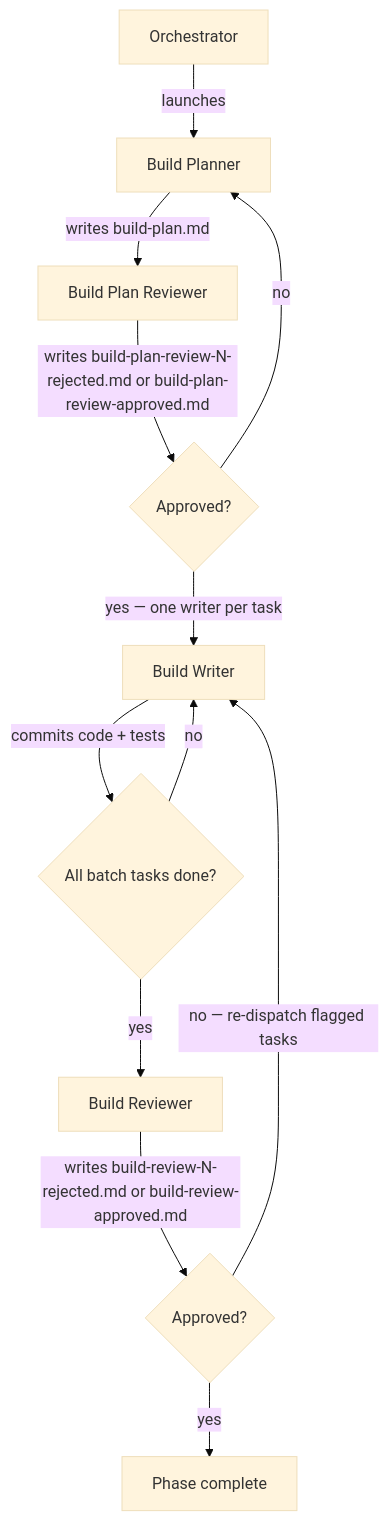
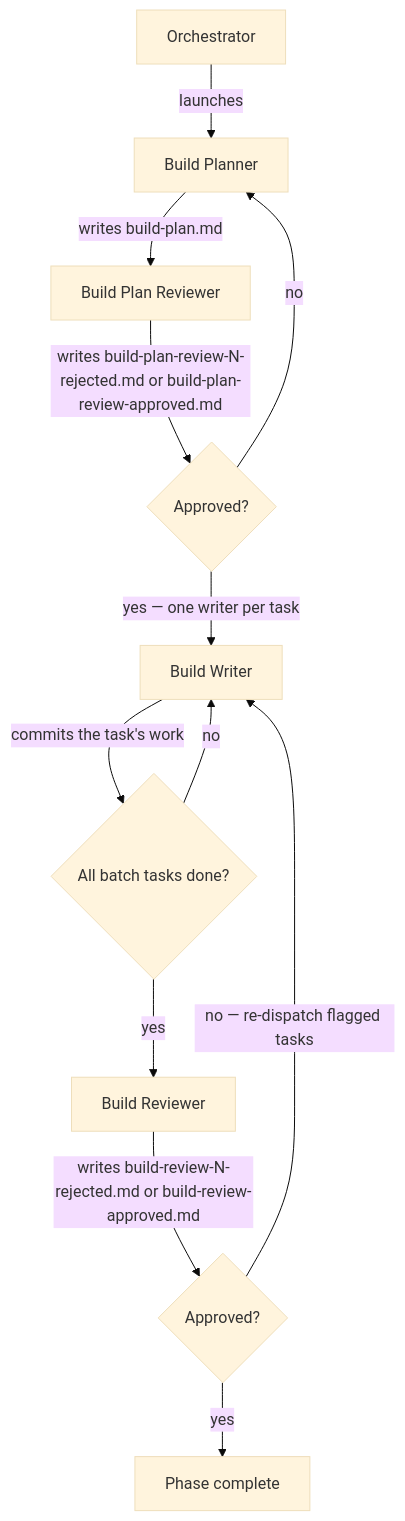
Before and after one commit to Automattic/radical-pipelines: the diagram in skills/radical-pipelines/reference/autonomous-phases/3 - build.md, drawn with Mermaid (base theme). The commit also changed 7 other files, not shown here.

````diff
--- a/skills/radical-pipelines/reference/autonomous-phases/3 - build.md
+++ b/skills/radical-pipelines/reference/autonomous-phases/3 - build.md
@@ -49,14 +49,14 @@
 ```mermaid
 flowchart TD
     A[Orchestrator] -->|launches| B[Build Planner]
     B -->|writes build-plan.md| C[Build Plan Reviewer]
     C -->|writes build-plan-review-N-rejected.md or build-plan-review-approved.md| D{Approved?}
     D -->|no| B
     D -->|yes — one writer per task| E[Build Writer]
-    E -->|commits code + tests| F{All batch tasks done?}
+    E -->|commits the task's work| F{All batch tasks done?}
     F -->|no| E
     F -->|yes| G[Build Reviewer]
     G -->|writes build-review-N-rejected.md or build-review-approved.md| H{Approved?}
     H -->|no — re-dispatch flagged tasks| E
     H -->|yes| I[Phase complete]
 ```
````
